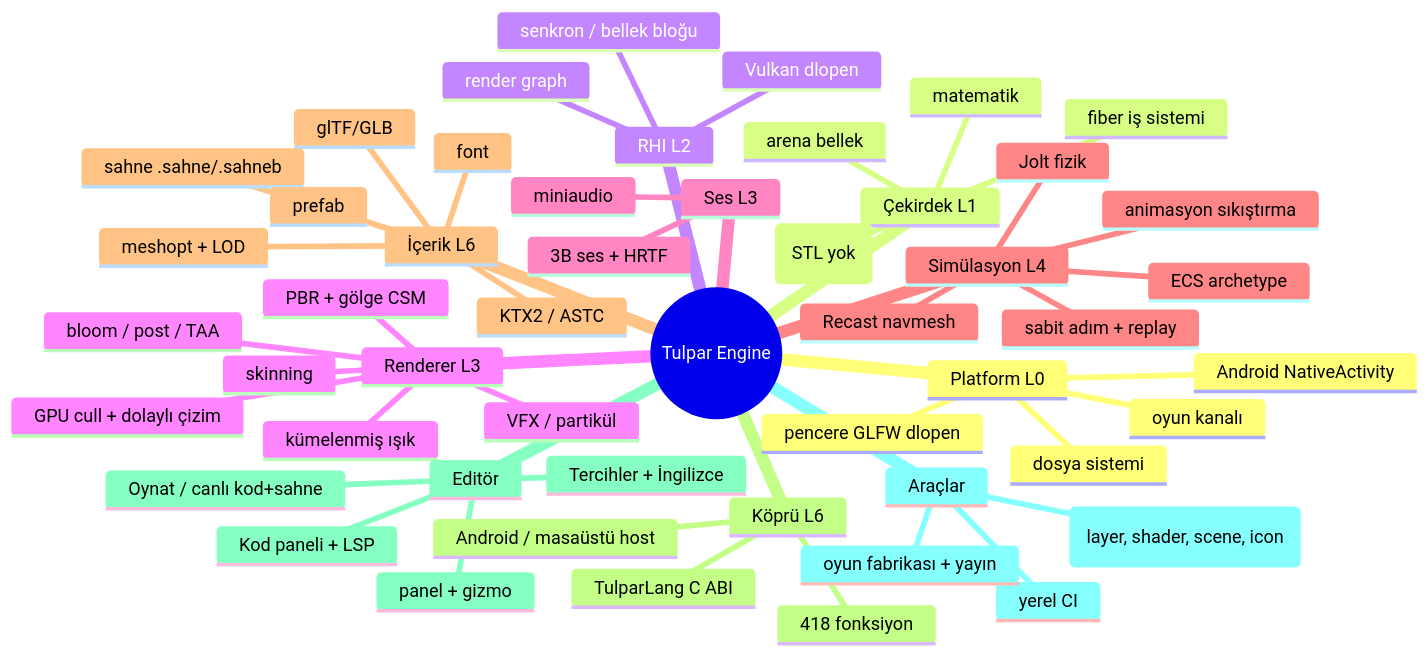
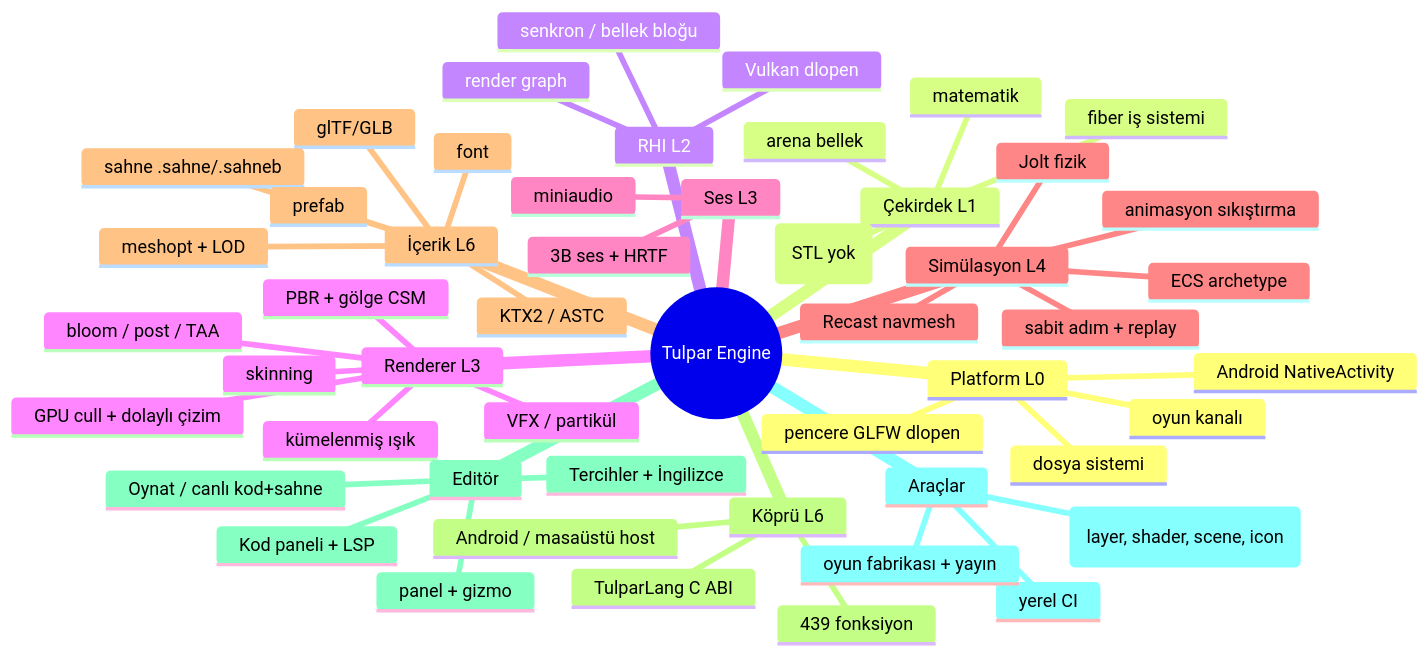
Before and after one commit to hamer1818/tulpar-engine: the diagram in docs/OZELLIK-HARITASI.md, drawn with Mermaid. The commit also changed other lines of this file and 73 other files, not shown here.

````diff
--- a/docs/OZELLIK-HARITASI.md
+++ b/docs/OZELLIK-HARITASI.md
@@ -10,54 +10,54 @@
 ```mermaid
 mindmap
   root((Tulpar Engine))
     Platform L0
       pencere GLFW dlopen
       dosya sistemi
       Android NativeActivity
       oyun kanalı
     Çekirdek L1
       fiber iş sistemi
       arena bellek
       matematik
       konteynerler (STL yok)
     RHI L2
       Vulkan dlopen
       render graph
       senkron / bellek bloğu
     Renderer L3
       PBR + gölge CSM
       bloom / post / TAA
       GPU cull + dolaylı çizim
       kümelenmiş ışık
       skinning
       VFX / partikül
     Ses L3
       miniaudio
       3B ses + HRTF
     Simülasyon L4
       ECS archetype
       Jolt fizik
       Recast navmesh
       animasyon sıkıştırma
       sabit adım + replay
     İçerik L6
       glTF/GLB
       sahne .sahne/.sahneb
       KTX2 / ASTC
       meshopt + LOD
       font
       prefab
     Köprü L6
       TulparLang C ABI
-      418 fonksiyon
+      439 fonksiyon
       Android / masaüstü host
     Editör
       panel + gizmo
       Kod paneli + LSP
       Oynat / canlı kod+sahne
       Tercihler + İngilizce
     Araçlar
       kapılar (layer, shader, scene, icon)
       yerel CI
       oyun fabrikası + yayın
 ```
````
